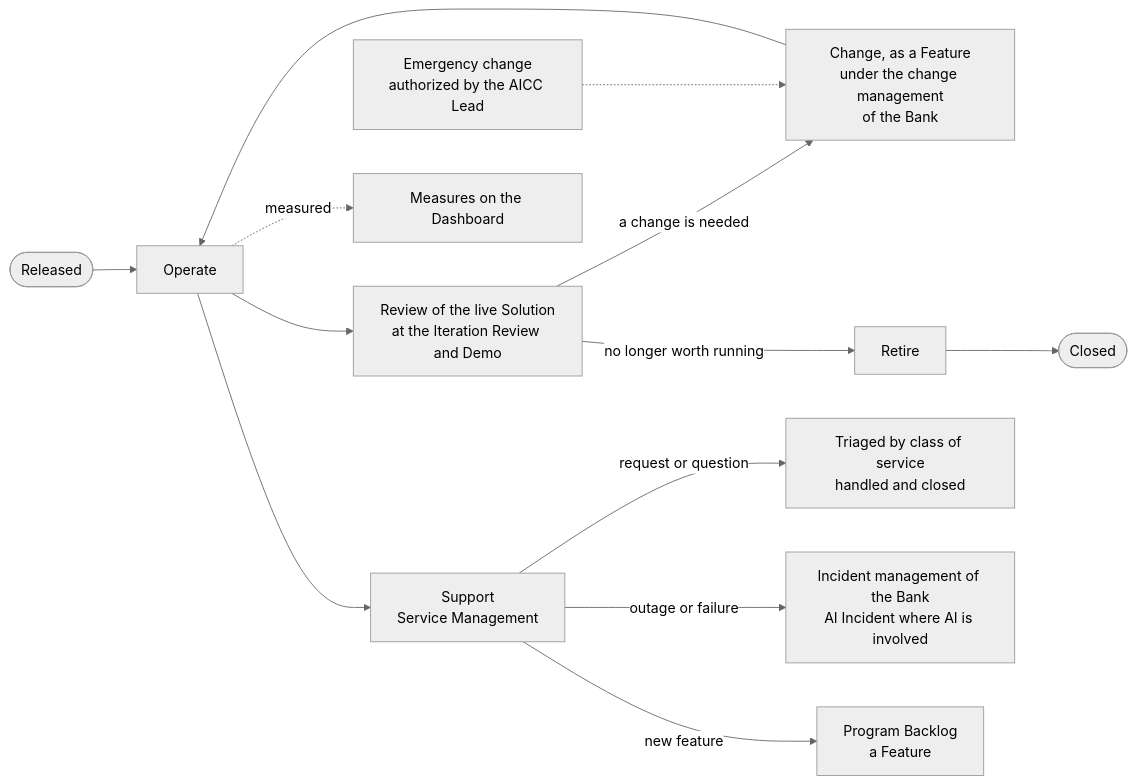
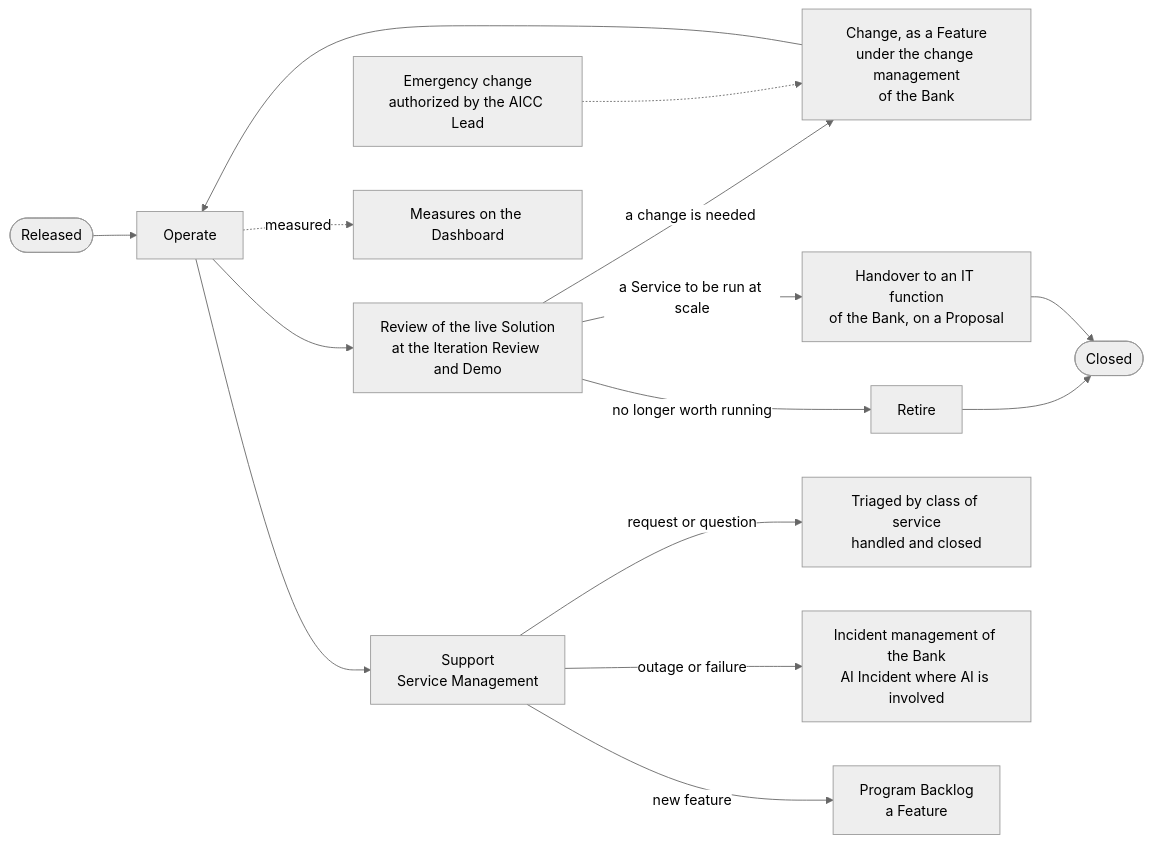
One commit to devhogu/ob-aicc changed the ninth of 10 diagrams in charter/workflows/service-delivery.md. Above: the diagram before and after it, drawn with Mermaid (neutral theme). The commit also changed other lines of this file and 455 other files, not shown here.

First line of the commit message:
Charter and Registry at revision 2.0: the documents carry what the portal states by intent (DR-2026-062)

````diff
--- a/charter/workflows/service-delivery.md
+++ b/charter/workflows/service-delivery.md
@@ -209,15 +251,17 @@
 ```mermaid
 flowchart LR
   R(["Released"]) --> O["Operate"]
   O --> RV["Review of the live Solution<br/>at the Iteration Review and Demo"]
   RV -->|"a change is needed"| C["Change, as a Feature<br/>under the change management<br/>of the Bank"]
   C --> O
   EM["Emergency change<br/>authorized by the AICC Lead"] -.-> C
   RV -->|"no longer worth running"| X["Retire"]
   X --> Z(["Closed"])
+  RV -->|"a Service to be run at scale"| HO["Handover to an IT function<br/>of the Bank, on a Proposal"]
+  HO --> Z
   O -.->|"measured"| M["Measures on the Dashboard"]
   O --> SP["Support<br/>Service Management"]
   SP -->|"request or question"| H["Triaged by class of service<br/>handled and closed"]
   SP -->|"outage or failure"| IM["Incident management of the Bank<br/>AI Incident where AI is involved"]
   SP -->|"new feature"| PB["Program Backlog<br/>a Feature"]
 ```
````
